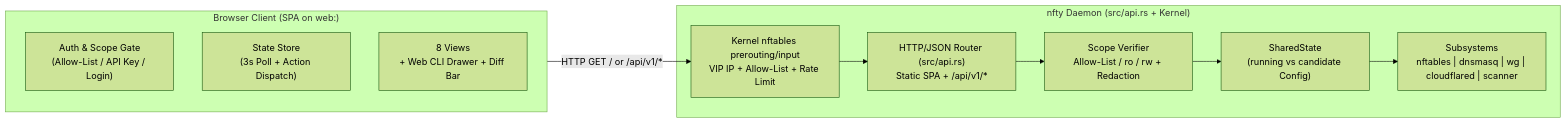
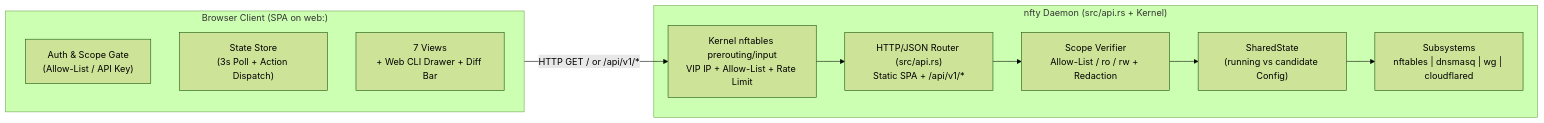
One commit to grsmith-projects/nfty changed the diagram in docs/web-interface-spec.md. Above: the diagram before and after it, drawn with Mermaid (forest theme). The commit also changed other lines of this file and 32 other files, not shown here.

````diff
--- a/docs/web-interface-spec.md
+++ b/docs/web-interface-spec.md
@@ -92,22 +91,22 @@
 ```mermaid
 flowchart LR
     subgraph Browser["Browser Client (SPA on web:<port>)"]
-        AuthGate["Auth & Scope Gate\n(Allow-List / API Key / Login)"]
+        AuthGate["Auth & Scope Gate\n(Allow-List / API Key)"]
         Store["State Store\n(3s Poll + Action Dispatch)"]
-        Views["8 Views\n+ Web CLI Drawer + Diff Bar"]
+        Views["7 Views\n+ Web CLI Drawer + Diff Bar"]
     end
 
     subgraph NftyDaemon["nfty Daemon (src/api.rs + Kernel)"]
         NftInput["Kernel nftables prerouting/input\nVIP IP + Allow-List + Rate Limit"]
         HttpRouter["HTTP/JSON Router (src/api.rs)\nStatic SPA + /api/v1/*"]
         AuthCheck["Scope Verifier\nAllow-List / ro / rw + Redaction"]
         AppState["SharedState\n(running vs candidate Config)"]
-        Subsystems["Subsystems\nnftables | dnsmasq | wg | cloudflared | scanner"]
+        Subsystems["Subsystems\nnftables | dnsmasq | wg | cloudflared"]
     end
 
     Browser -->|"HTTP GET / or /api/v1/*"| NftInput
     NftInput --> HttpRouter
     HttpRouter --> AuthCheck
     AuthCheck --> AppState
     AppState --> Subsystems
 ```
````
